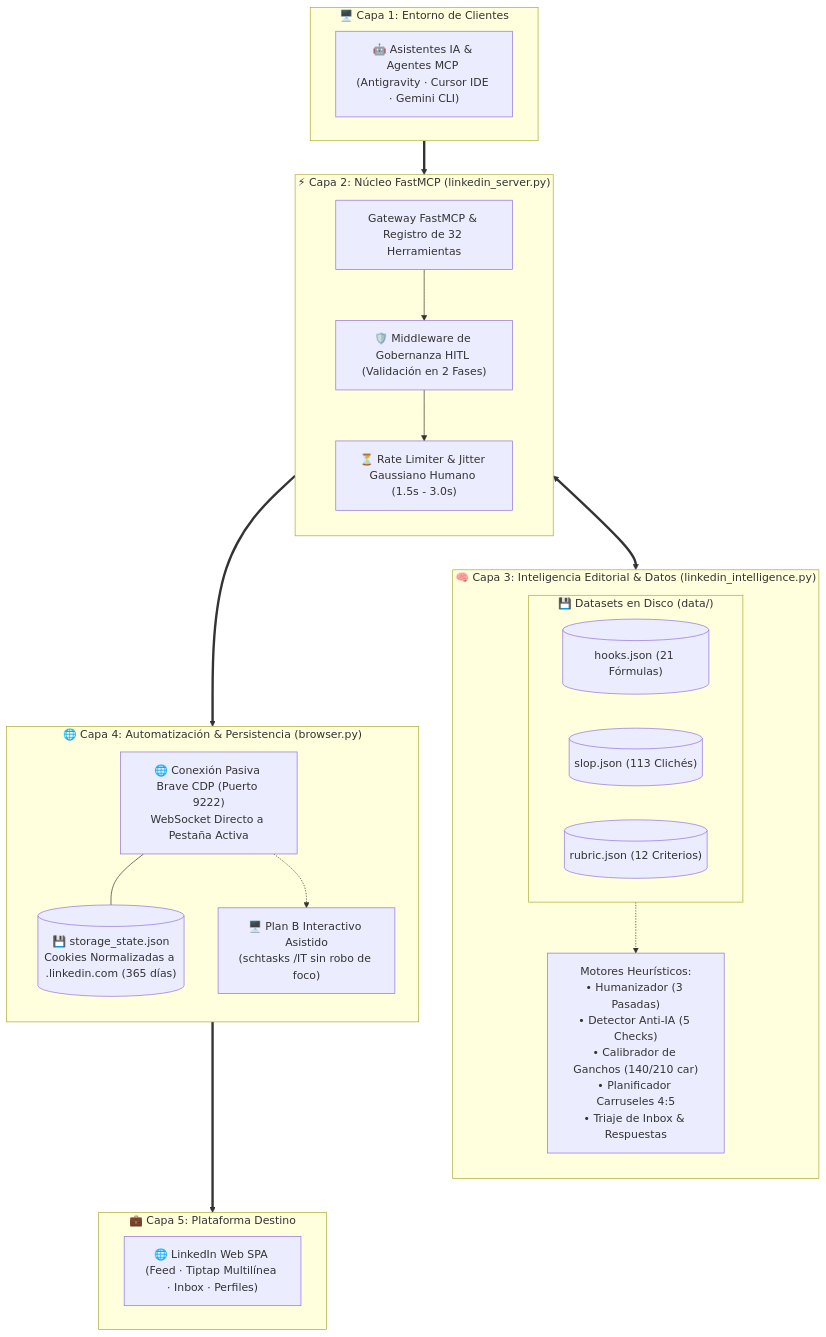
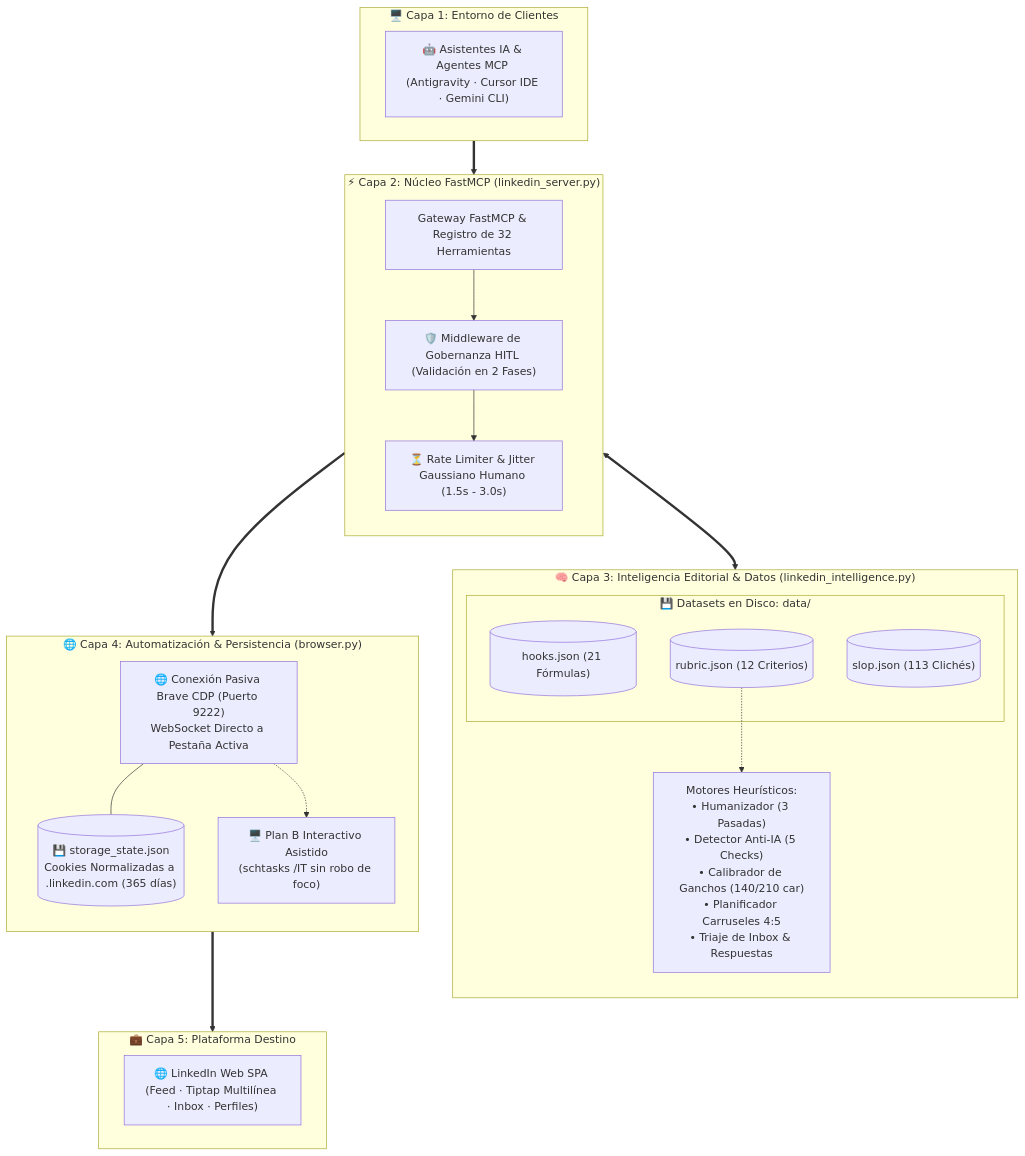
One commit to solari21/mcp-linkedin changed the first of 3 diagrams in GUIA_USO.md. Above: the diagram before and after it, drawn with Mermaid. The commit also changed 1 other file, not shown here.

Commit message:
fix(docs): eliminate Mermaid phantom node in Layer 3 by connecting dataset directly and removing nested parens

````diff
--- a/GUIA_USO.md
+++ b/GUIA_USO.md
@@ -13,44 +13,44 @@
 ```mermaid
 graph TB
     subgraph Layer1 ["🖥️ Capa 1: Entorno de Clientes"]
         Clients["🤖 Asistentes IA & Agentes MCP (Antigravity · Cursor IDE · Gemini CLI)"]
     end
 
     subgraph Layer2 ["⚡ Capa 2: Núcleo FastMCP (linkedin_server.py)"]
         direction TB
         ServerCore["Gateway FastMCP & Registro de 32 Herramientas"]
         HITLGuard["🛡️ Middleware de Gobernanza HITL (Validación en 2 Fases)"]
         Throttler["⏳ Rate Limiter & Jitter Gaussiano Humano (1.5s - 3.0s)"]
         ServerCore --> HITLGuard
         HITLGuard --> Throttler
     end
 
     subgraph Layer3 ["🧠 Capa 3: Inteligencia Editorial & Datos (linkedin_intelligence.py)"]
         direction TB
-        subgraph Datasets ["💾 Datasets en Disco (data/)"]
+        subgraph Datasets ["💾 Datasets en Disco: data/"]
             D1[("hooks.json (21 Fórmulas)")]
             D2[("slop.json (113 Clichés)")]
             D3[("rubric.json (12 Criterios)")]
         end
         Engines["Motores Heurísticos:\n• Humanizador (3 Pasadas)\n• Detector Anti-IA (5 Checks)\n• Calibrador de Ganchos (140/210 car)\n• Planificador Carruseles 4:5\n• Triaje de Inbox & Respuestas"]
-        Datasets -.-> Engines
+        D3 -.-> Engines
     end
 
     subgraph Layer4 ["🌐 Capa 4: Automatización & Persistencia (browser.py)"]
         direction TB
         CDPManager["🌐 Conexión Pasiva Brave CDP (Puerto 9222)\nWebSocket Directo a Pestaña Activa"]
         SessionStore[("💾 storage_state.json\nCookies Normalizadas a .linkedin.com (365 días)")]
         FallbackPlan["🖥️ Plan B Interactivo Asistido\n(schtasks /IT sin robo de foco)"]
         CDPManager --- SessionStore
         CDPManager -.-> FallbackPlan
     end
 
     subgraph Layer5 ["💼 Capa 5: Plataforma Destino"]
         LinkedInPlatform["🌐 LinkedIn Web SPA (Feed · Tiptap Multilínea · Inbox · Perfiles)"]
     end
 
     Layer1 ==> Layer2
     Layer2 <==> Layer3
     Layer2 ==> Layer4
     Layer4 ==> Layer5
 ```
````
